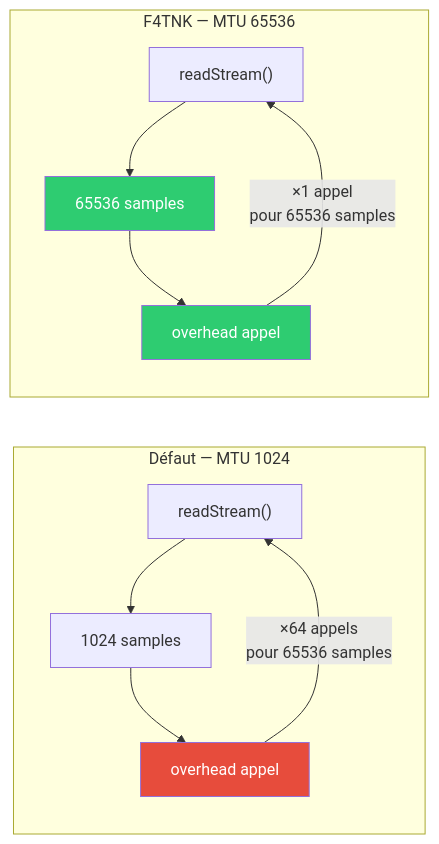
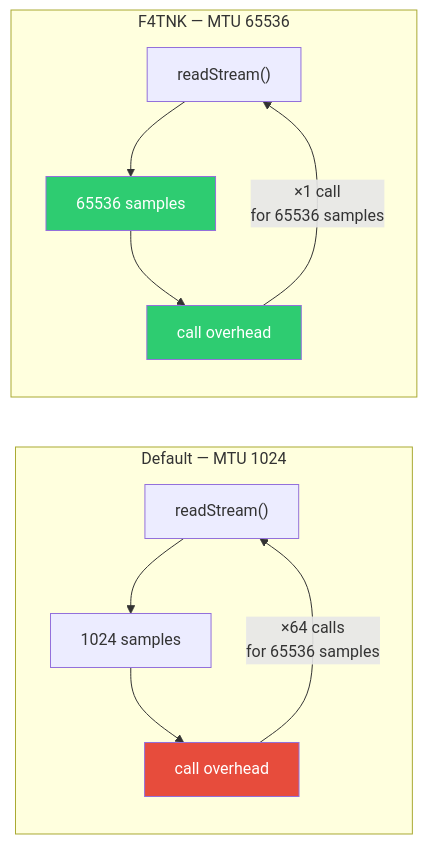
Before and after one commit to f4tnk/SoapySDR: the fifth of 6 diagrams in OPTIMIZATIONS-F4TNK.md, drawn with Mermaid. The commit also changed other lines of this file, not shown here.

````diff
--- a/OPTIMIZATIONS-F4TNK.md
+++ b/OPTIMIZATIONS-F4TNK.md
@@ -167,22 +167,22 @@
 ```mermaid
 graph LR
-    subgraph "Défaut — MTU 1024"
+    subgraph "Default — MTU 1024"
         A1["readStream()"]
         A2["1024 samples"]
-        A3["overhead appel"]
+        A3["call overhead"]
         A1 --> A2 --> A3
-        A3 -->|"×64 appels<br/>pour 65536 samples"| A1
+        A3 -->|"×64 calls<br/>for 65536 samples"| A1
     end
 
     subgraph "F4TNK — MTU 65536"
         B1["readStream()"]
         B2["65536 samples"]
-        B3["overhead appel"]
+        B3["call overhead"]
         B1 --> B2 --> B3
-        B3 -->|"×1 appel<br/>pour 65536 samples"| B1
+        B3 -->|"×1 call<br/>for 65536 samples"| B1
     end
 
     style A3 fill:#e74c3c,color:#fff
     style B2 fill:#2ecc71,color:#fff
     style B3 fill:#2ecc71,color:#fff
 ```
````
